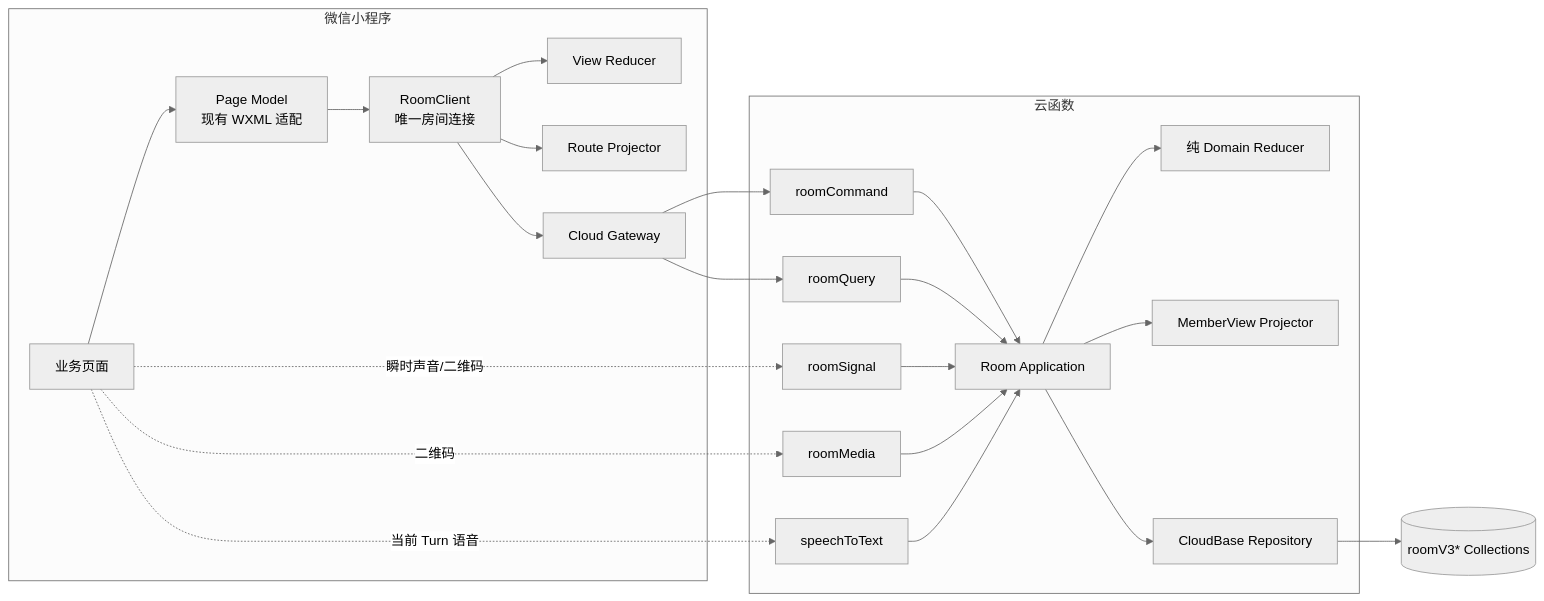
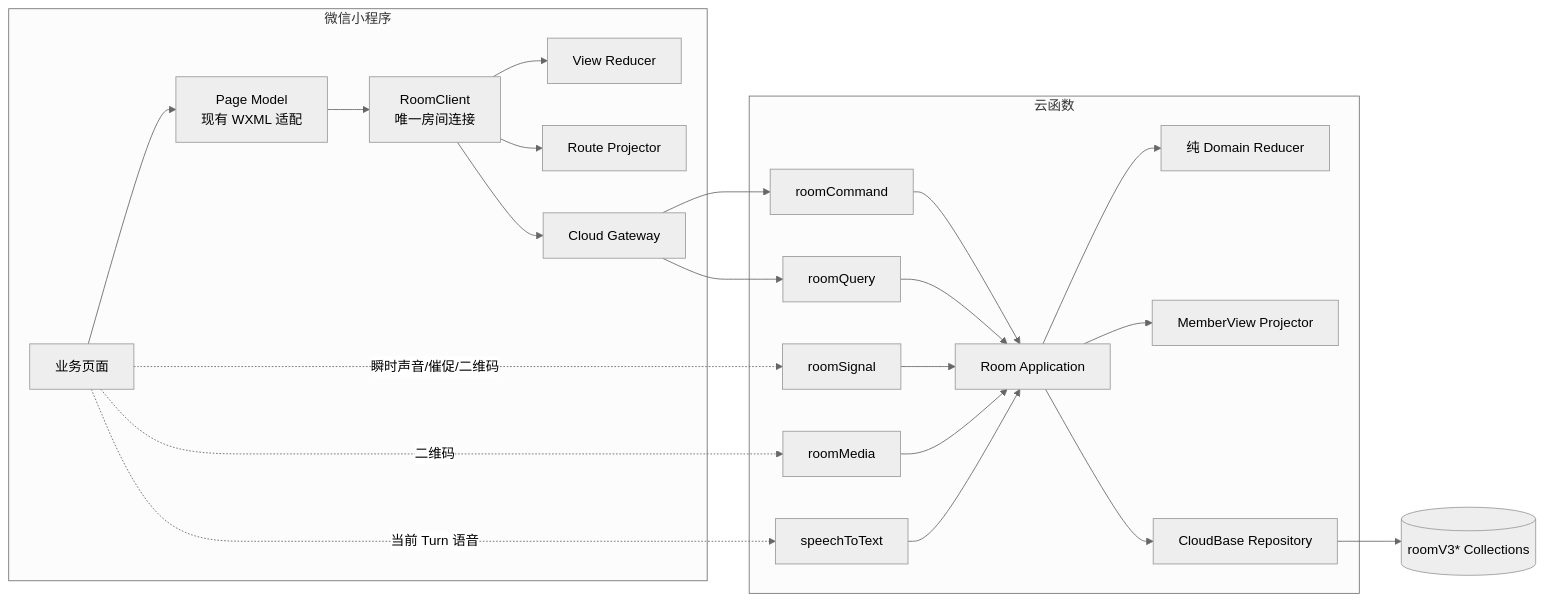
One commit to Bubble-419/cardboard-miniprogram changed the fourth of 22 diagrams in docs/ROOM_PROTOCOL_V3_IMPLEMENTATION.md. Above: the diagram before and after it, drawn with Mermaid (neutral theme). The commit also changed other lines of this file and 20 other files, not shown here.

````diff
--- a/docs/ROOM_PROTOCOL_V3_IMPLEMENTATION.md
+++ b/docs/ROOM_PROTOCOL_V3_IMPLEMENTATION.md
@@ -114,42 +114,42 @@
 ```mermaid
 flowchart LR
   subgraph MiniProgram[微信小程序]
     PAGE[业务页面]
     PM[Page Model<br/>现有 WXML 适配]
     RC[RoomClient<br/>唯一房间连接]
     VR[View Reducer]
     NAV[Route Projector]
     GW[Cloud Gateway]
     PAGE --> PM --> RC
     RC --> VR
     RC --> NAV
     RC --> GW
   end
 
   subgraph CloudFunctions[云函数]
     CMD[roomCommand]
     QUERY[roomQuery]
     SIG[roomSignal]
     MEDIA[roomMedia]
     STT[speechToText]
     APP[Room Application]
     DOM[纯 Domain Reducer]
     PROJ[MemberView Projector]
     REPO[CloudBase Repository]
     CMD --> APP
     QUERY --> APP
     SIG --> APP
     MEDIA --> APP
     STT --> APP
     APP --> DOM
     APP --> PROJ
     APP --> REPO
   end
 
   GW --> CMD
   GW --> QUERY
-  PAGE -.瞬时声音/二维码.-> SIG
+  PAGE -.瞬时声音/催促/二维码.-> SIG
   PAGE -.二维码.-> MEDIA
   PAGE -.当前 Turn 语音.-> STT
   REPO --> DB[(roomV3* Collections)]
 ```
````
